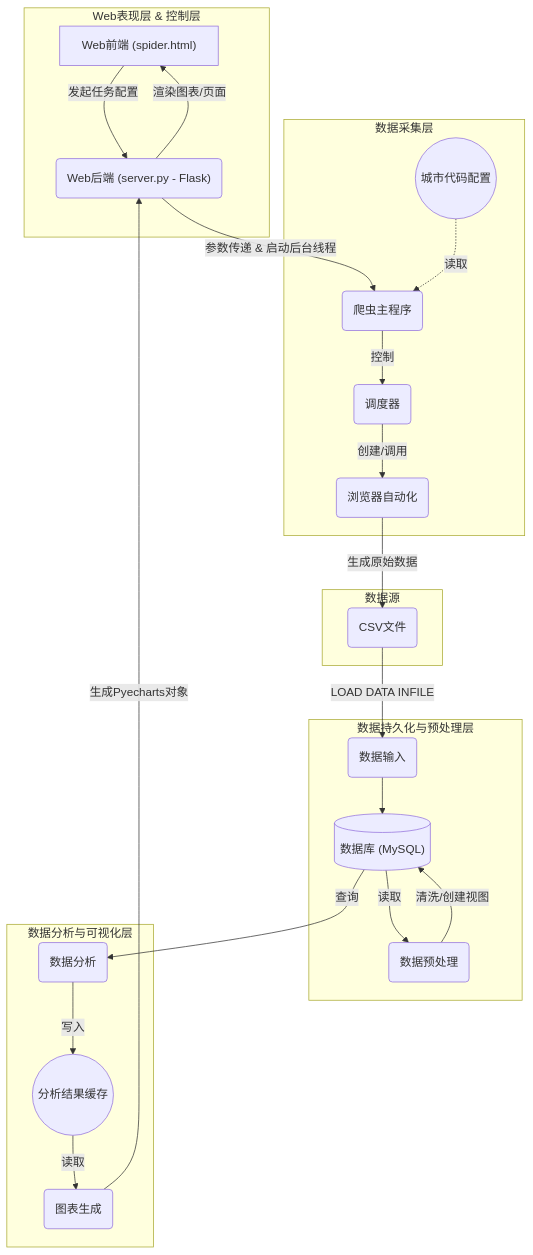
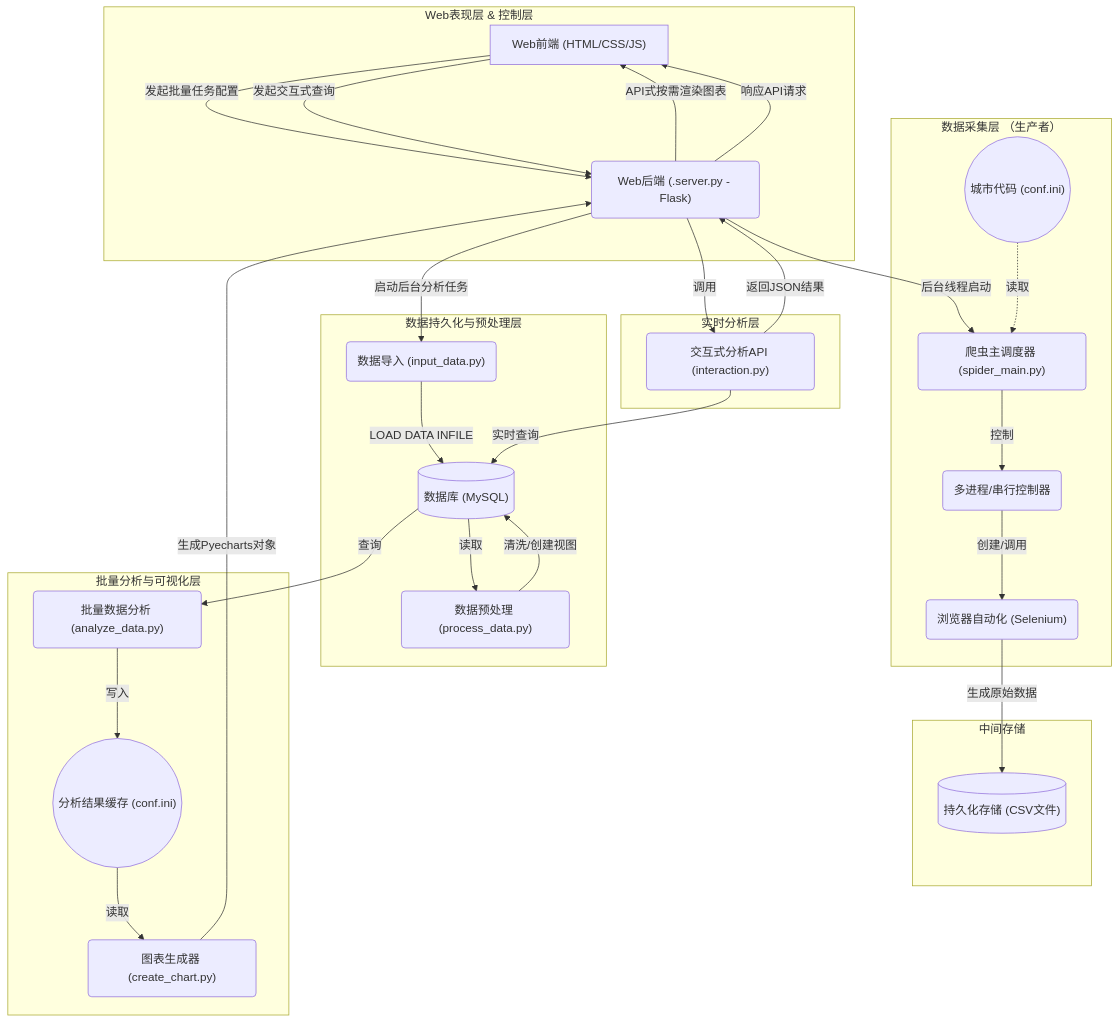
Before and after one commit to ApolloMonasa/ApolloMonasa.github.io: the diagram in content/portfolio/JobAnalysis/main.md, drawn with Mermaid. The commit also changed other lines of this file, not shown here.

````diff
--- a/content/portfolio/JobAnalysis/main.md
+++ b/content/portfolio/JobAnalysis/main.md
@@ -21,68 +21,80 @@
-```mermaid
+``` mermaid
 graph TD
     %% 1. 定义所有节点
-    A1["Web前端 (spider.html)"]
-    A2("Web后端 (server.py - Flask)")
+    A1["Web前端 (HTML/CSS/JS)"]
+    A2("Web后端 (.server.py - Flask)")
     
-    B1("爬虫主程序")
-    B2(("城市代码配置"))
-    B3("调度器")
-    B4("浏览器自动化")
+    B1("爬虫主调度器 (spider_main.py)")
+    B2(("城市代码 (conf.ini)"))
+    B3("多进程/串行控制器")
+    B4("浏览器自动化 (Selenium)")
     
-    C1(CSV文件)
+    C1[("持久化存储 (CSV文件)")]
     
-    D1("数据输入")
+    D1("数据导入 (input_data.py)")
     D2[("数据库 (MySQL)")]
-    D3("数据预处理")
+    D3("数据预处理 (process_data.py)")
     
-    E1("数据分析")
-    E2(("分析结果缓存"))
-    E3("图表生成")
+    E1("批量数据分析 (analyze_data.py)")
+    E2(("分析结果缓存 (conf.ini)"))
+    E3("图表生成器 (create_chart.py)")
+    
+    F1("交互式分析API (interaction.py)")
 
     %% 2. 定义所有连接关系
-    A1 -- "发起任务配置" --> A2
-    A2 -- "参数传递 & 启动后台线程" --> B1
+    A1 -- "发起批量任务配置" --> A2
+    A2 -- "后台线程启动" --> B1
     B1 -- "控制" --> B3
     B3 -- "创建/调用" --> B4
     B2 -. "读取" .-> B1
     B4 -- "生成原始数据" --> C1
     
-    C1 -- "LOAD DATA INFILE" --> D1
-    D1 --> D2
+    A2 -- "启动后台分析任务" --> D1
+    D1 -- "LOAD DATA INFILE" --> D2
     D2 -- "读取" --> D3
     D3 -- "清洗/创建视图" --> D2
     D2 -- "查询" --> E1
     E1 -- "写入" --> E2
     E2 -- "读取" --> E3
     E3 -- "生成Pyecharts对象" --> A2
-    A2 -- "渲染图表/页面" --> A1
+    A2 -- "API式按需渲染图表" --> A1
+
+    A1 -- "发起交互式查询" --> A2
+    A2 -- "调用" --> F1
+    F1 -- "实时查询" --> D2
+    F1 -- "返回JSON结果" --> A2
+    A2 -- "响应API请求" --> A1
 
     %% 3. 定义所有子图 (Subgraph)，将节点分组
     subgraph A [Web表现层 & 控制层]
         A1
         A2
     end
 
-    subgraph B [数据采集层]
+    subgraph B [数据采集层 （生产者）]
         B1
         B2
         B3
         B4
     end
 
-    subgraph C [数据源]
+    subgraph C [中间存储]
         C1
     end
 
     subgraph D [数据持久化与预处理层]
         D1
         D2
         D3
     end
 
-    subgraph E [数据分析与可视化层]
+    subgraph E [批量分析与可视化层]
         E1
         E2
         E3
     end
+    
+    subgraph F [实时分析层]
+        F1
+    end
 ```
````
